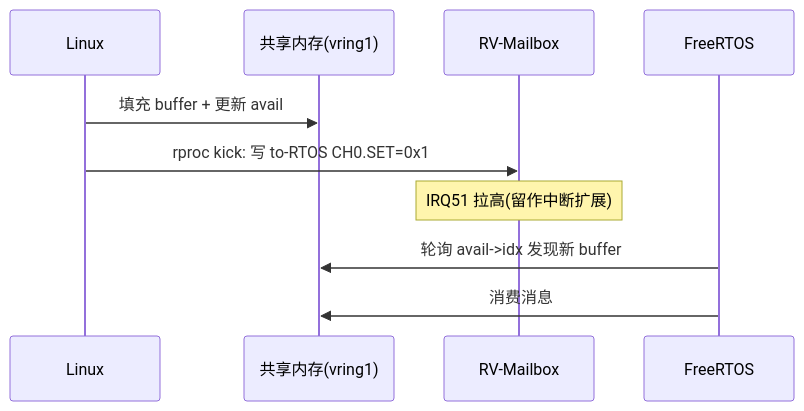
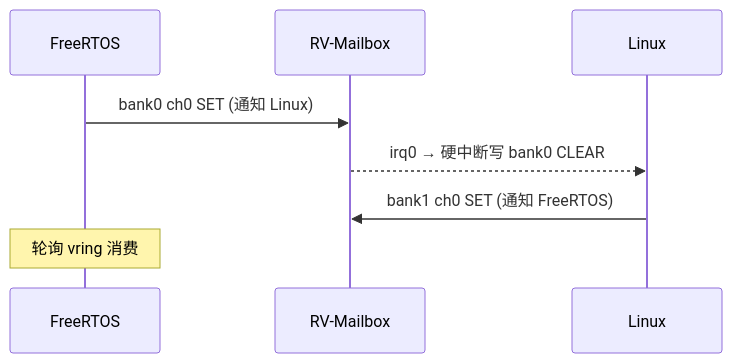
One commit to zhouzhou-code/quard_star changed the second of 2 diagrams in docs/RV-Mailbox-V1.0-软件设计说明书.md. Above: the diagram before and after it, drawn with Mermaid. The commit also changed other lines of this file and 11 other files, not shown here.

````diff
--- a/docs/RV-Mailbox-V1.0-软件设计说明书.md
+++ b/docs/RV-Mailbox-V1.0-软件设计说明书.md
@@ -306,12 +211,10 @@
 ```mermaid
 sequenceDiagram
+    participant F as FreeRTOS
+    participant M as RV-Mailbox
     participant L as Linux
-    participant SHM as 共享内存(vring1)
-    participant M as RV-Mailbox
-    participant F as FreeRTOS
-    L->>SHM: 填充 buffer + 更新 avail
-    L->>M: rproc kick: 写 to-RTOS CH0.SET=0x1
-    Note over M: IRQ51 拉高(留作中断扩展)
-    F->>SHM: 轮询 avail->idx 发现新 buffer
-    F->>SHM: 消费消息
+    F->>M: bank0 ch0 SET (通知 Linux)
+    M-->>L: irq0 → 硬中断写 bank0 CLEAR
+    L->>M: bank1 ch0 SET (通知 FreeRTOS)
+    Note over F: 轮询 vring 消费
 ```
````
